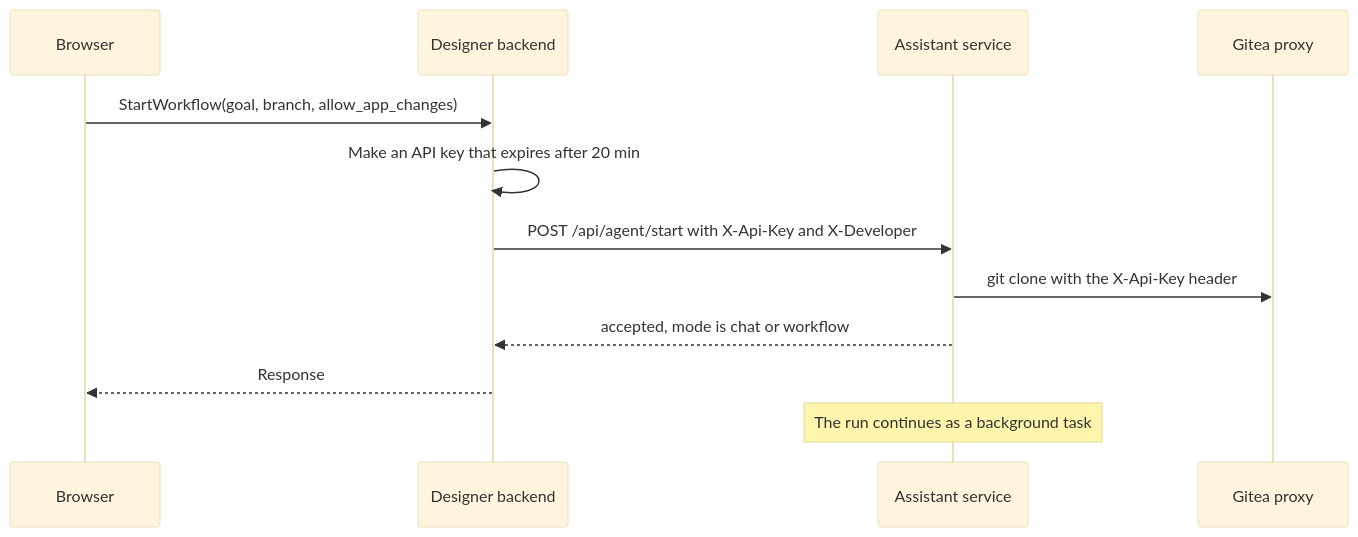
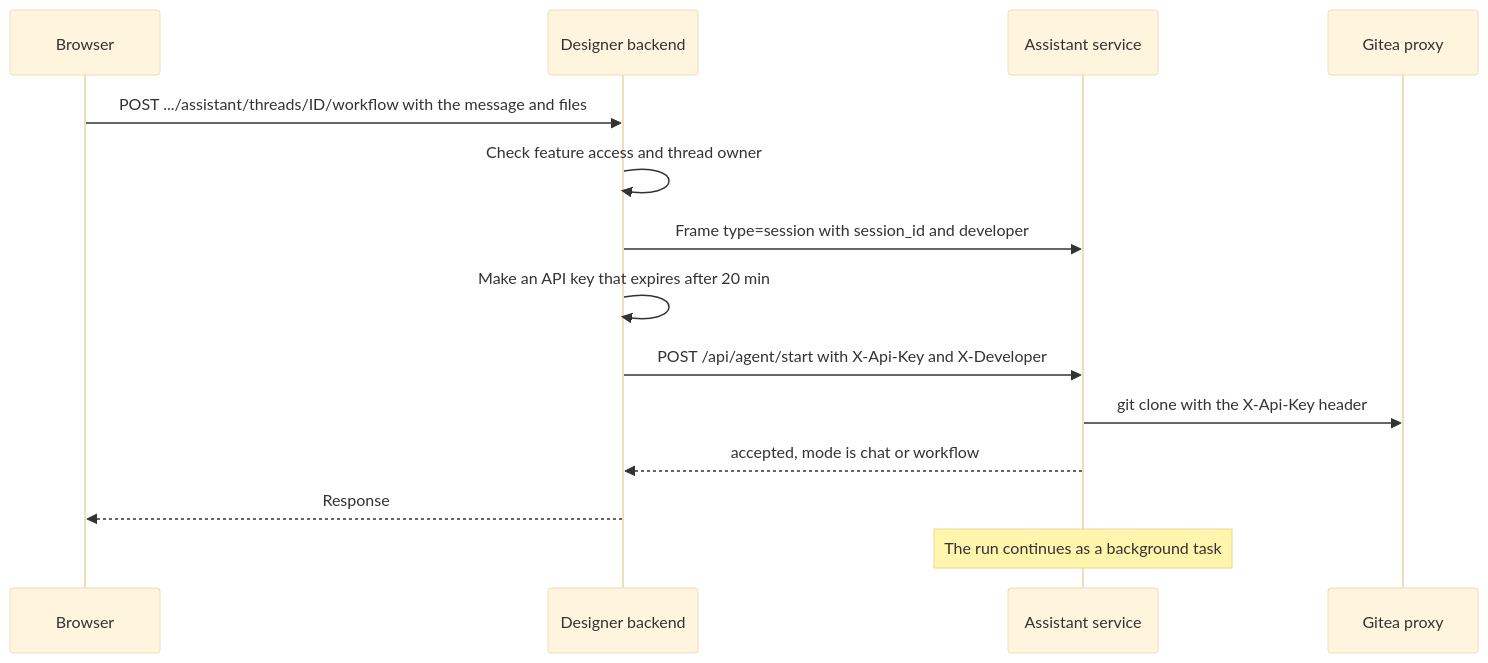
The fourth of 10 diagrams in src/AI/assistant/docs/2-system-context.md (Altinn/altinn-studio), drawn with Mermaid (base theme) before and after one commit. The commit also changed other lines of this file and 37 other files, not shown here.

````diff
--- a/src/AI/assistant/docs/2-system-context.md
+++ b/src/AI/assistant/docs/2-system-context.md
@@ -60,14 +60,16 @@
 ```mermaid
 sequenceDiagram
   participant B as Browser
   participant D as Designer backend
   participant A as Assistant service
   participant G as Gitea proxy
-  B->>D: StartWorkflow(goal, branch, allow_app_changes)
+  B->>D: POST .../assistant/threads/ID/workflow with the message and files
+  D->>D: Check feature access and thread owner
+  D->>A: Frame type=session with session_id and developer
   D->>D: Make an API key that expires after 20 min
   D->>A: POST /api/agent/start with X-Api-Key and X-Developer
   A->>G: git clone with the X-Api-Key header
   A-->>D: accepted, mode is chat or workflow
   D-->>B: Response
   Note over A: The run continues as a background task
 ```
````
